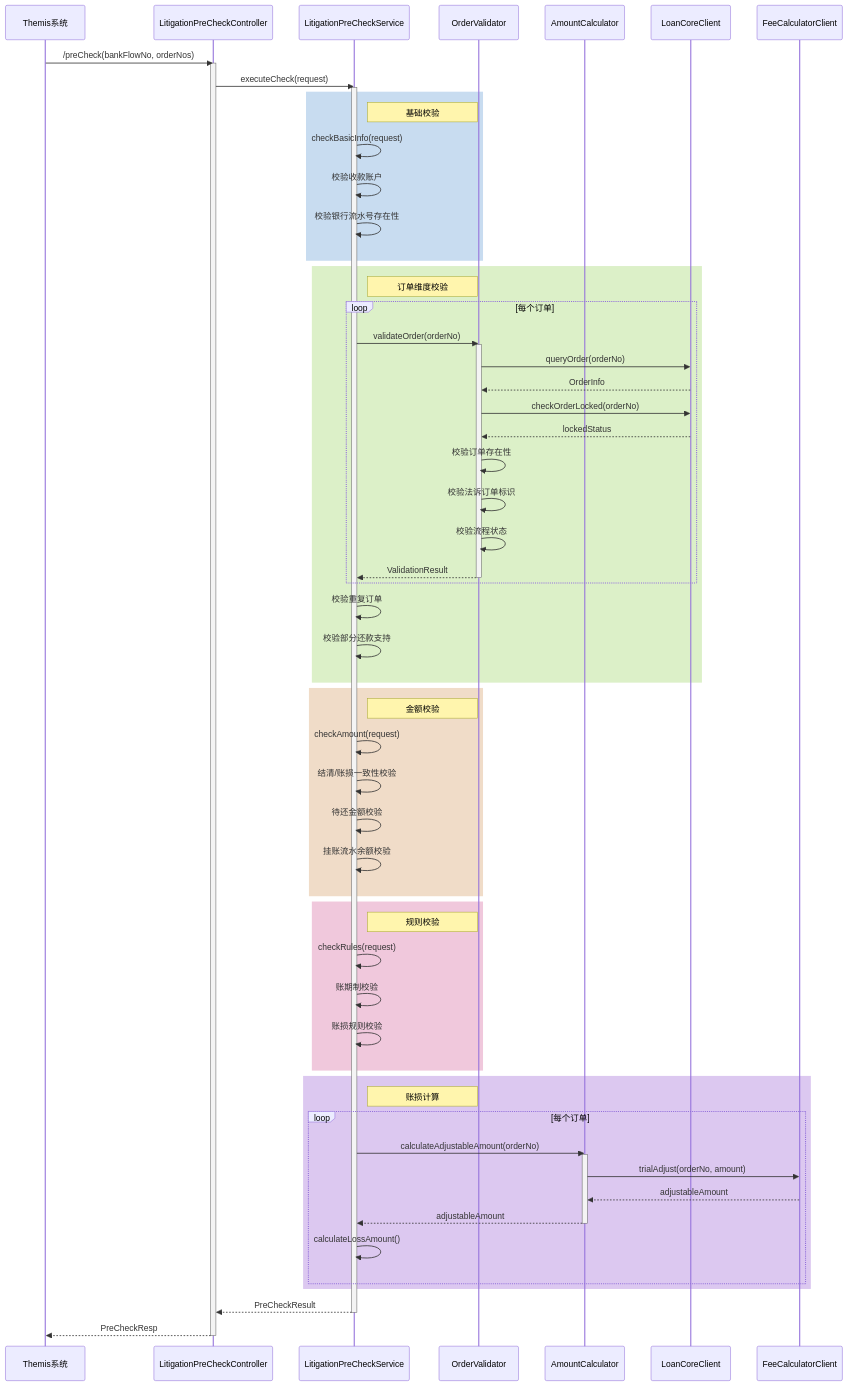
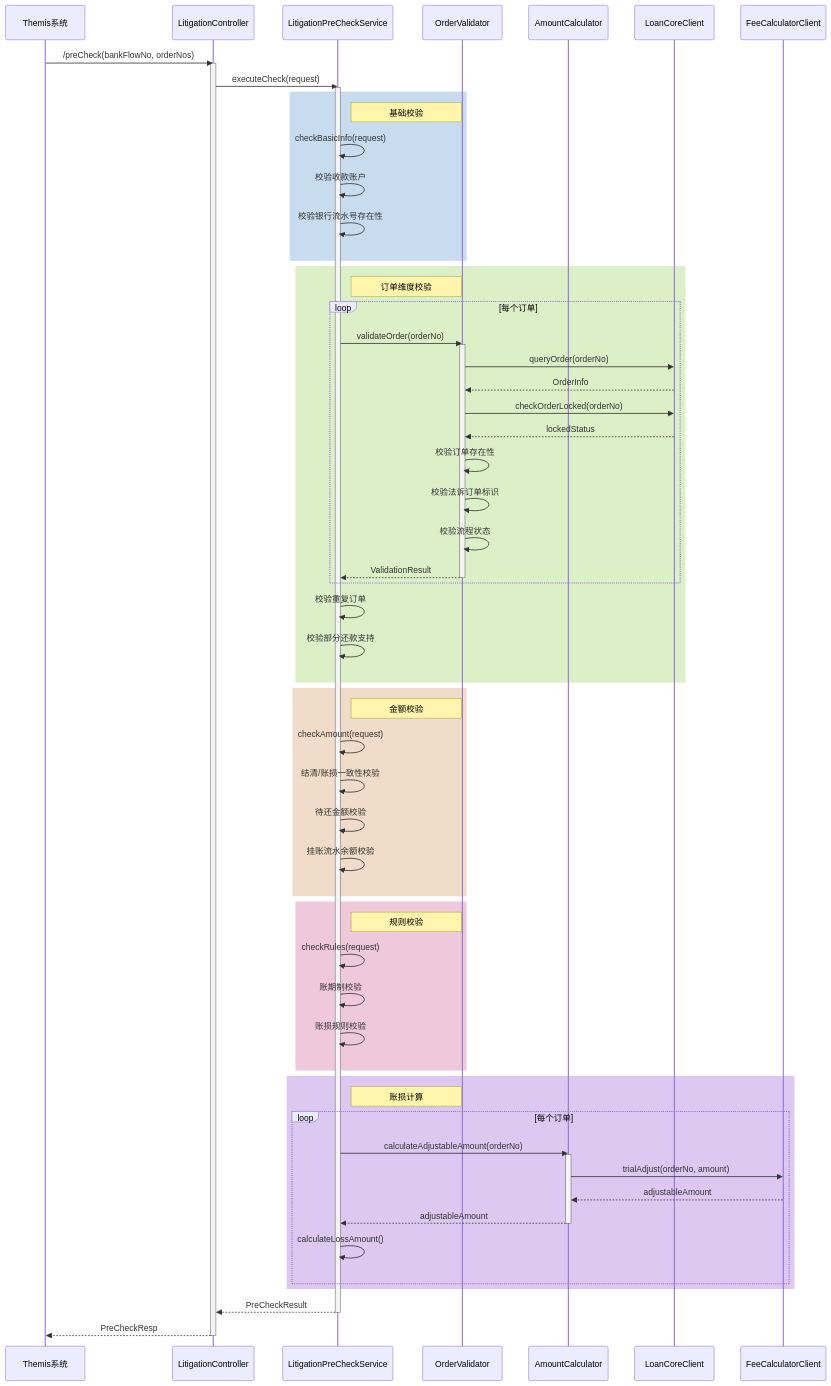
Before and after one commit to topson-cn/obsidian_note: the fourth of 10 diagrams in shuhe/workspace/accountingoperation/iteration/202502-法诉自动入账/详细设计-AO系统.md, drawn with Mermaid. The commit also changed other lines of this file and 3 other files, not shown here.

````diff
--- a/shuhe/workspace/accountingoperation/iteration/202502-法诉自动入账/详细设计-AO系统.md
+++ b/shuhe/workspace/accountingoperation/iteration/202502-法诉自动入账/详细设计-AO系统.md
@@ -347,76 +404,76 @@
 ```mermaid
 sequenceDiagram
     participant T as Themis系统
-    participant C as LitigationPreCheckController
+    participant C as LitigationController
     participant S as LitigationPreCheckService
     participant OV as OrderValidator
     participant AC as AmountCalculator
     participant LC as LoanCoreClient
     participant FC as FeeCalculatorClient
 
     T->>C: /preCheck(bankFlowNo, orderNos)
     activate C
 
     C->>S: executeCheck(request)
     activate S
 
     rect rgb(200, 220, 240)
     note right of S: 基础校验
     S->>S: checkBasicInfo(request)
     S->>S: 校验收款账户
     S->>S: 校验银行流水号存在性
     end
 
     rect rgb(220, 240, 200)
     note right of S: 订单维度校验
     loop 每个订单
         S->>OV: validateOrder(orderNo)
         activate OV
         OV->>LC: queryOrder(orderNo)
         LC-->>OV: OrderInfo
         OV->>LC: checkOrderLocked(orderNo)
         LC-->>OV: lockedStatus
         OV->>OV: 校验订单存在性
         OV->>OV: 校验法诉订单标识
         OV->>OV: 校验流程状态
         OV-->>S: ValidationResult
         deactivate OV
     end
     S->>S: 校验重复订单
     S->>S: 校验部分还款支持
     end
 
     rect rgb(240, 220, 200)
     note right of S: 金额校验
     S->>S: checkAmount(request)
     S->>S: 结清/账损一致性校验
     S->>S: 待还金额校验
     S->>S: 挂账流水余额校验
     end
 
     rect rgb(240, 200, 220)
     note right of S: 规则校验
     S->>S: checkRules(request)
     S->>S: 账期制校验
     S->>S: 账损规则校验
     end
 
     rect rgb(220, 200, 240)
     note right of S: 账损计算
     loop 每个订单
         S->>AC: calculateAdjustableAmount(orderNo)
         activate AC
         AC->>FC: trialAdjust(orderNo, amount)
         FC-->>AC: adjustableAmount
         AC-->>S: adjustableAmount
         deactivate AC
         S->>S: calculateLossAmount()
     end
     end
 
     S-->>C: PreCheckResult
     deactivate S
 
     C-->>T: PreCheckResp
     deactivate C
 ```
````
